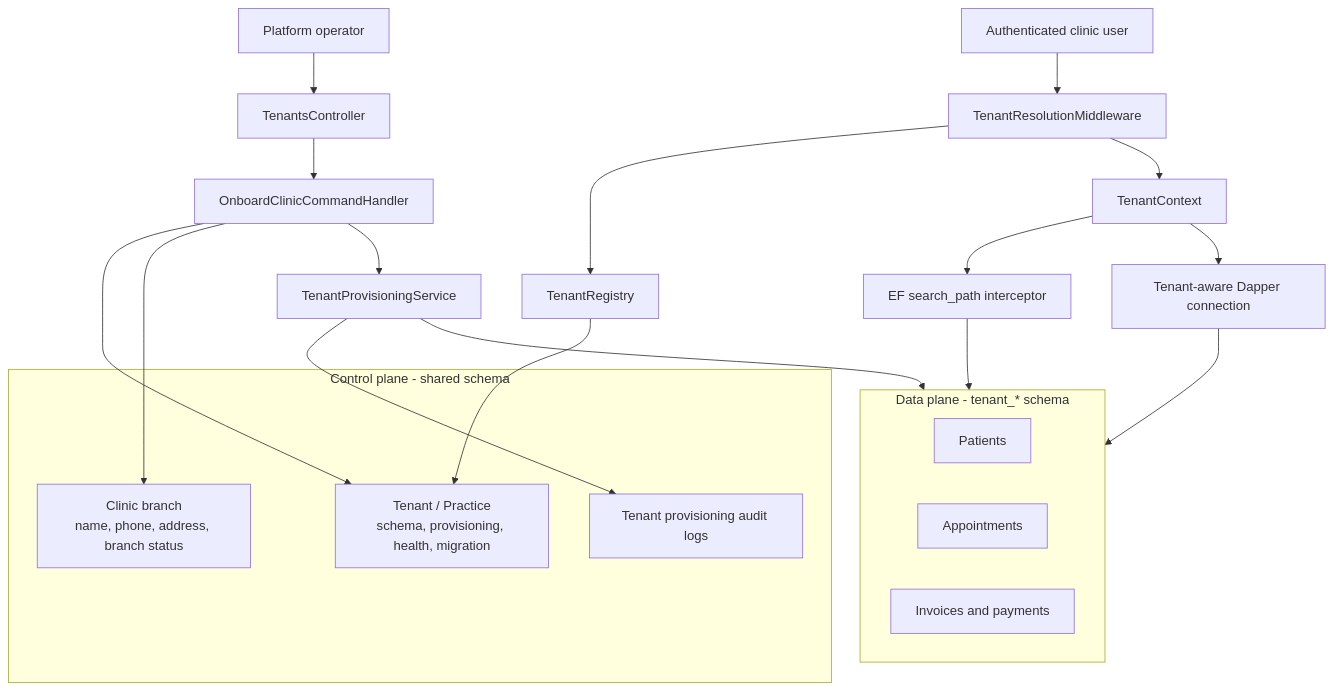
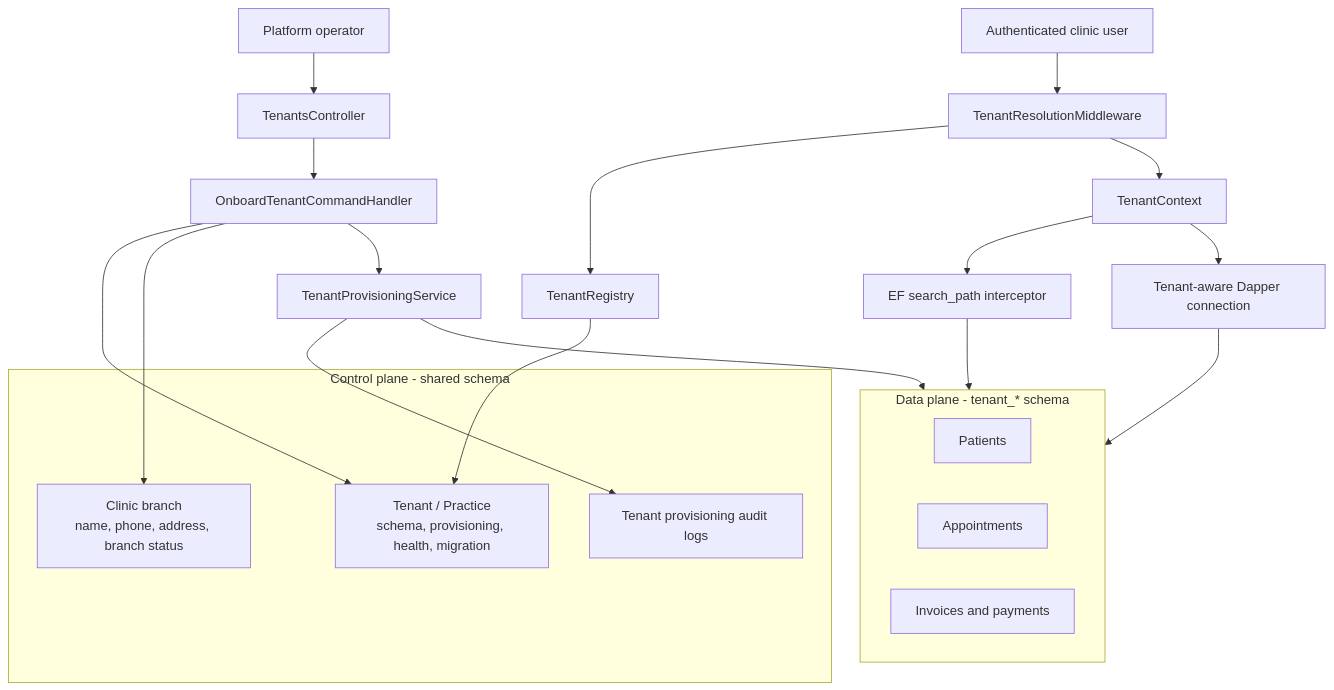
One commit to Bishoy-Mmb/CliniKey changed the diagram in learning-journey/003-tenant-provisioning/README.md. Above: the diagram before and after it, drawn with Mermaid. The commit also changed other lines of this file and 43 other files, not shown here.

````diff
--- a/learning-journey/003-tenant-provisioning/README.md
+++ b/learning-journey/003-tenant-provisioning/README.md
@@ -49,31 +49,31 @@
 ```mermaid
 flowchart TB
     subgraph Control["Control plane - shared schema"]
         Tenant["Tenant / Practice<br/>schema, provisioning, health, migration"]
         Clinic["Clinic branch<br/>name, phone, address, branch status"]
         Audit["Tenant provisioning audit logs"]
     end
 
     subgraph Data["Data plane - tenant_* schema"]
         Patients["Patients"]
         Appointments["Appointments"]
         Billing["Invoices and payments"]
     end
 
     Operator["Platform operator"] --> Controller["TenantsController"]
-    Controller --> Onboard["OnboardClinicCommandHandler"]
+    Controller --> Onboard["OnboardTenantCommandHandler"]
     Onboard --> Tenant
     Onboard --> Clinic
     Onboard --> Provision["TenantProvisioningService"]
     Provision --> Data
     Provision --> Audit
 
     User["Authenticated clinic user"] --> Middleware["TenantResolutionMiddleware"]
     Middleware --> Registry["TenantRegistry"]
     Registry --> Tenant
     Middleware --> Context["TenantContext"]
     Context --> Ef["EF search_path interceptor"]
     Context --> Dapper["Tenant-aware Dapper connection"]
     Ef --> Data
     Dapper --> Data
 ```
````
